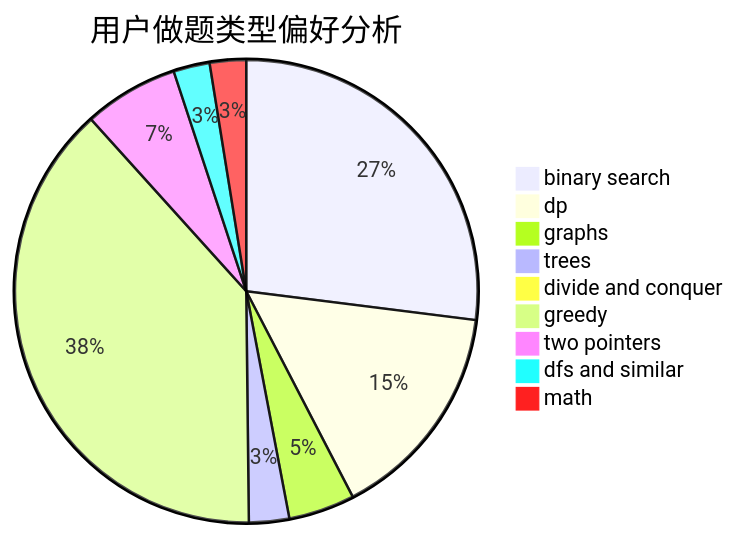
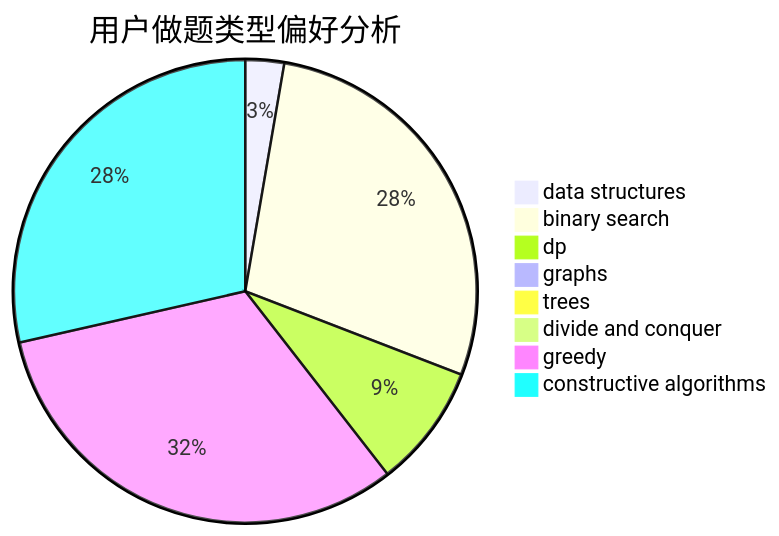
One commit to sherpahu/cfrs.github.io changed the second of 3 diagrams in docs/user/u2278.md. Above: the diagram before and after it, drawn with Mermaid. The commit also changed other lines of this file and 2775 other files, not shown here.

````diff
--- a/docs/user/u2278.md
+++ b/docs/user/u2278.md
@@ -23,12 +23,11 @@
 ```mermaid
 pie title 用户做题类型偏好分析
-    "binary search" :  298
-    "dp" :  170
-    "graphs" :  51
-    "trees" :  31
+    "data structures" :  27
+    "binary search" :  281
+    "dp" :  86
+    "graphs" :  6
+    "trees" :  6
     "divide and conquer" :  0
-    "greedy" :  425
-    "two pointers" :  73
-    "dfs and similar" :  28
-    "math" :  28
+    "greedy" :  319
+    "constructive algorithms" :  285
 ```
````
